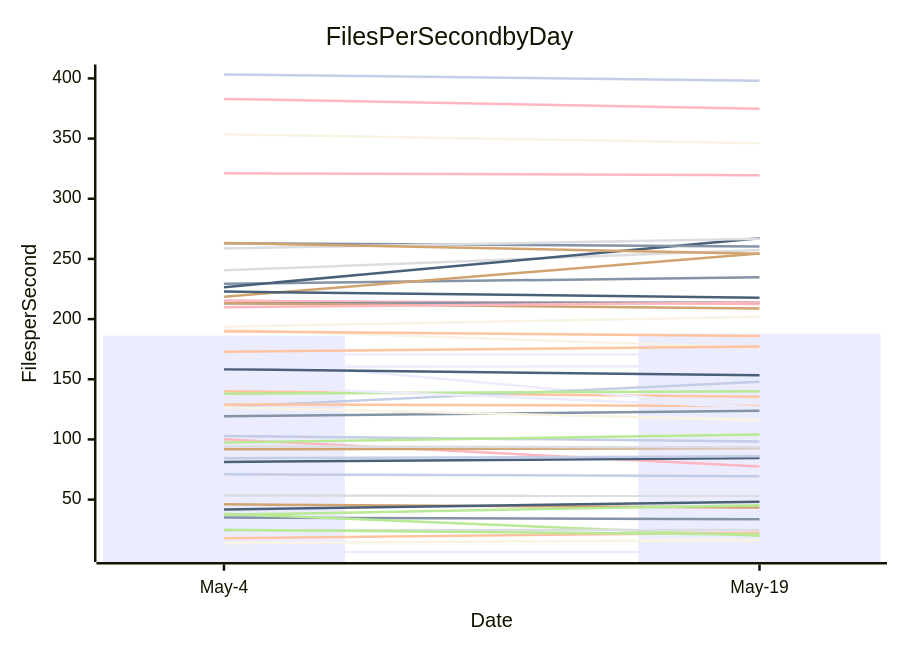
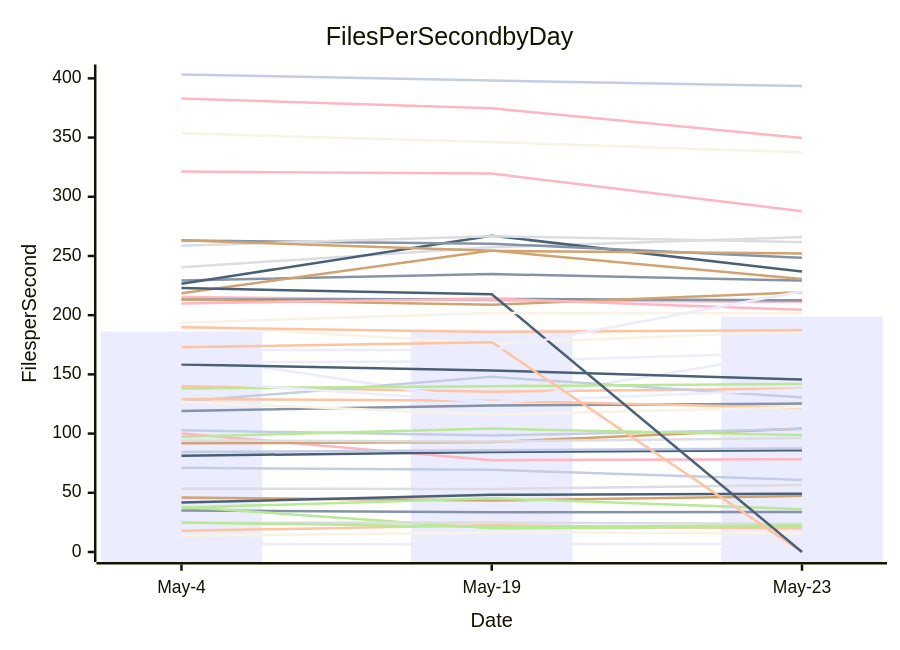
Before and after one commit to streetsidesoftware/cspell: the diagram in perf-report.md, drawn with Mermaid. The commit also changed other lines of this file and 2 other files, not shown here.

````diff
--- a/perf-report.md
+++ b/perf-report.md
@@ -11,57 +11,57 @@
 ```mermaid
 xychart-beta
     title Files Per Second by Day
     y-axis Files per Second
-    x-axis Date [May-4, May-19]
-    bar [186.25, 187.94]
-    line [35.07, 33.61]
-    line [140.01, 135.42]
-    line [53.38, 53.17]
-    line [38.18, 20.00]
-    line [46.04, 43.44]
-    line [71.11, 69.47]
-    line [100.08, 77.54]
-    line [81.26, 84.52]
-    line [191.37, 176.15]
-    line [166.55, 126.61]
-    line [119.17, 123.77]
-    line [17.95, 22.53]
-    line [24.56, 24.84]
-    line [24.93, 21.05]
-    line [91.75, 92.82]
-    line [102.79, 98.35]
-    line [382.99, 374.77]
-    line [158.32, 153.28]
-    line [13.72, 16.48]
-    line [6.46, 6.48]
-    line [229.32, 234.71]
-    line [189.78, 185.86]
-    line [240.52, 257.39]
-    line [37.38, 45.35]
-    line [218.55, 254.57]
-    line [127.00, 147.92]
-    line [215.39, 212.55]
-    line [226.51, 267.13]
-    line [353.58, 346.15]
-    line [160.29, 160.94]
-    line [213.17, 213.72]
-    line [129.13, 127.71]
-    line [94.12, 93.35]
-    line [138.03, 140.07]
-    line [213.15, 208.87]
-    line [84.38, 85.95]
-    line [321.24, 319.57]
-    line [41.81, 48.29]
-    line [126.81, 116.06]
-    line [144.52, 126.78]
-    line [263.11, 260.36]
-    line [172.93, 177.15]
-    line [258.73, 266.74]
-    line [97.37, 104.19]
-    line [263.28, 254.35]
-    line [403.25, 398.12]
-    line [209.84, 213.89]
-    line [222.86, 217.73]
-    line [193.68, 201.86]
-    line [170.59, 170.67]
+    x-axis Date [May-4, May-19, May-23]
+    bar [186.25, 187.94, 198.75]
+    line [35.07, 33.61, 33.75]
+    line [140.01, 135.42, 138.02]
+    line [53.38, 53.17, 56.58]
+    line [38.18, 20.00, 21.13]
+    line [46.04, 43.44, 47.40]
+    line [71.11, 69.47, 60.87]
+    line [100.08, 77.54, 78.35]
+    line [81.26, 84.52, 85.94]
+    line [191.37, 176.15, 186.65]
+    line [166.55, 126.61, 169.58]
+    line [119.17, 123.77, 125.38]
+    line [17.95, 22.53, 19.96]
+    line [24.56, 24.84, 23.90]
+    line [24.93, 21.05, 22.49]
+    line [91.75, 92.82, 104.26]
+    line [102.79, 98.35, 103.84]
+    line [382.99, 374.77, 349.66]
+    line [158.32, 153.28, 145.68]
+    line [13.72, 16.48, 15.69]
+    line [6.46, 6.48, 6.95]
+    line [229.32, 234.71, 229.18]
+    line [189.78, 185.86, 187.45]
+    line [240.52, 257.39, 265.97]
+    line [37.38, 45.35, 36.16]
+    line [218.55, 254.57, 230.53]
+    line [127.00, 147.92, 130.56]
+    line [215.39, 212.55, 211.37]
+    line [226.51, 267.13, 236.87]
+    line [353.58, 346.15, 337.55]
+    line [160.29, 160.94, 168.53]
+    line [213.17, 213.72, 212.53]
+    line [129.13, 127.71, 121.65]
+    line [94.12, 93.35, 96.24]
+    line [138.03, 140.07, 141.93]
+    line [213.15, 208.87, 219.33]
+    line [84.38, 85.95, 87.42]
+    line [321.24, 319.57, 287.77]
+    line [41.81, 48.29, 49.17]
+    line [126.81, 116.06, 122.50]
+    line [144.52, 126.78, 137.36]
+    line [263.11, 260.36, 248.44]
+    line [172.93, 177.15, 0.00]
+    line [258.73, 266.74, 261.73]
+    line [97.37, 104.19, 98.76]
+    line [263.28, 254.35, 252.09]
+    line [403.25, 398.12, 393.59]
+    line [209.84, 213.89, 204.52]
+    line [222.86, 217.73, 0.00]
+    line [193.68, 201.86, 201.64]
+    line [170.59, 170.67, 220.21]
 ```
````
